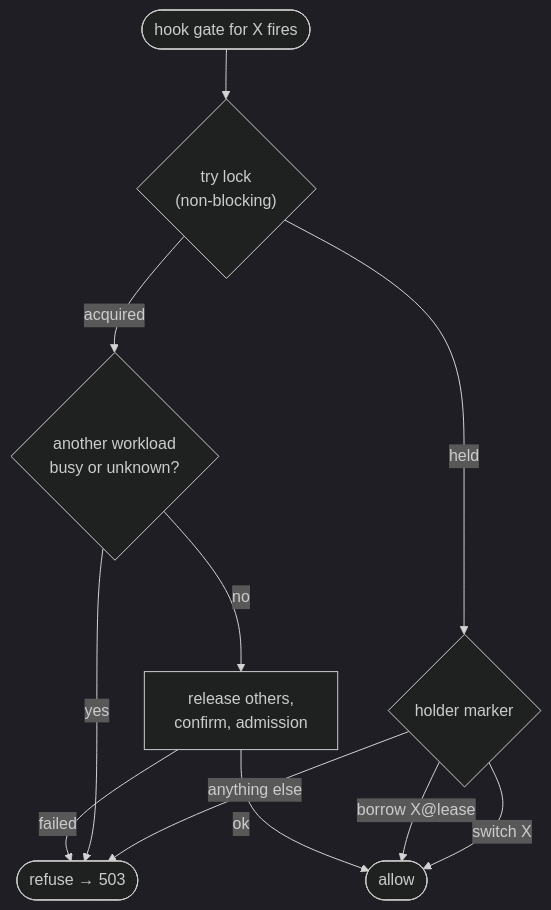
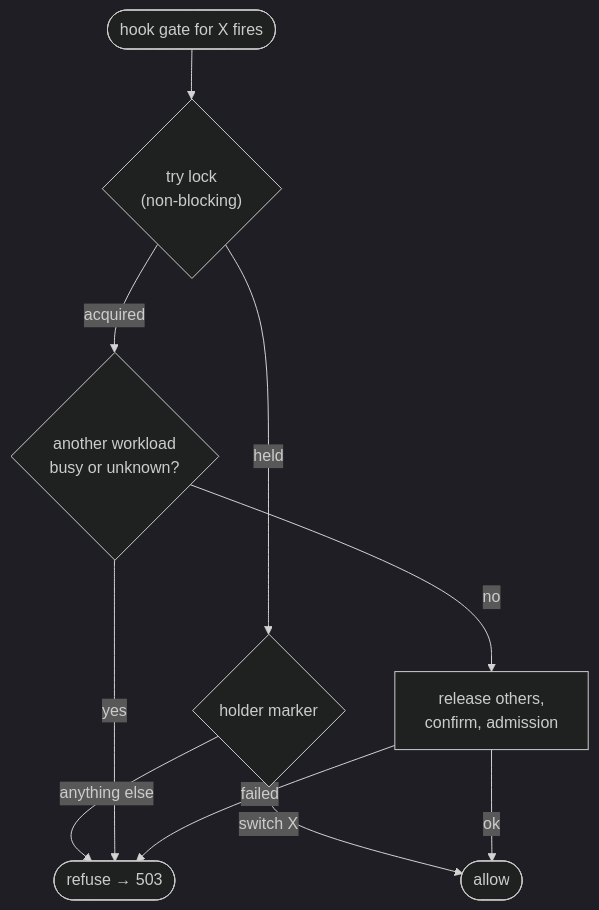
One commit to wandermyz/wandering-vibe changed the fourth of 4 diagrams in gpu-workload/docs/plans/2026-10-14-vhotseat.md. Above: the diagram before and after it, drawn with Mermaid (dark theme). The commit also changed other lines of this file, not shown here.

````diff
--- a/gpu-workload/docs/plans/2026-10-14-vhotseat.md
+++ b/gpu-workload/docs/plans/2026-10-14-vhotseat.md
@@ -187,13 +193,12 @@
 ```mermaid
 flowchart TD
     start(["hook gate for X fires"]) --> try{"try lock<br/>(non-blocking)"}
     try -- acquired --> others{"another workload<br/>busy or unknown?"}
     try -- held --> holder{"holder marker"}
     holder -- "switch X" --> allow(["allow"])
-    holder -- "borrow X@lease" --> allow
     holder -- "anything else" --> refuse(["refuse → 503"])
     others -- yes --> refuse
     others -- no --> release["release others,<br/>confirm, admission"]
     release -- ok --> allow
     release -- failed --> refuse
 ```
````
